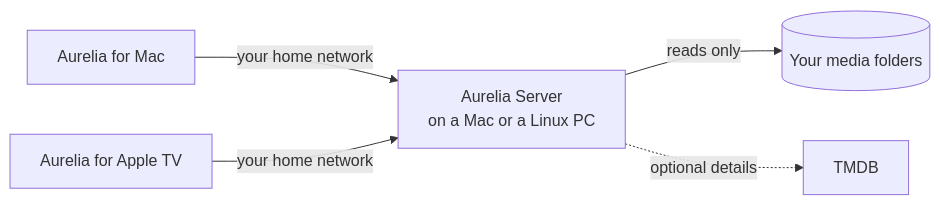
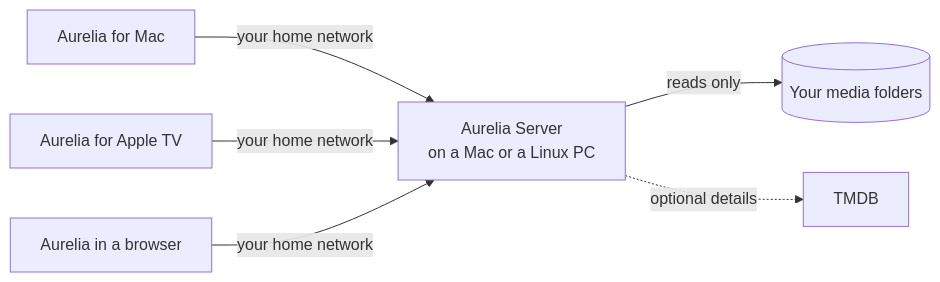
The diagram in README.md (lucaskleinsteuber/Aurelia), drawn with Mermaid before and after one commit. The commit also changed other lines of this file and 33 other files, not shown here.

First line of the commit message:
Add Aurelia for web browsers, served by the server [skip ci]

````diff
--- a/README.md
+++ b/README.md
@@ -74,7 +75,8 @@
 ```mermaid
 flowchart LR
     mac["Aurelia for Mac"] -- "your home network" --> server
     tv["Aurelia for Apple TV"] -- "your home network" --> server
+    web["Aurelia in a browser"] -- "your home network" --> server
     server["Aurelia Server<br/>on a Mac or a Linux PC"] -- "reads only" --> media[("Your media folders")]
     server -. "optional details" .-> tmdb["TMDB"]
 ```
````
